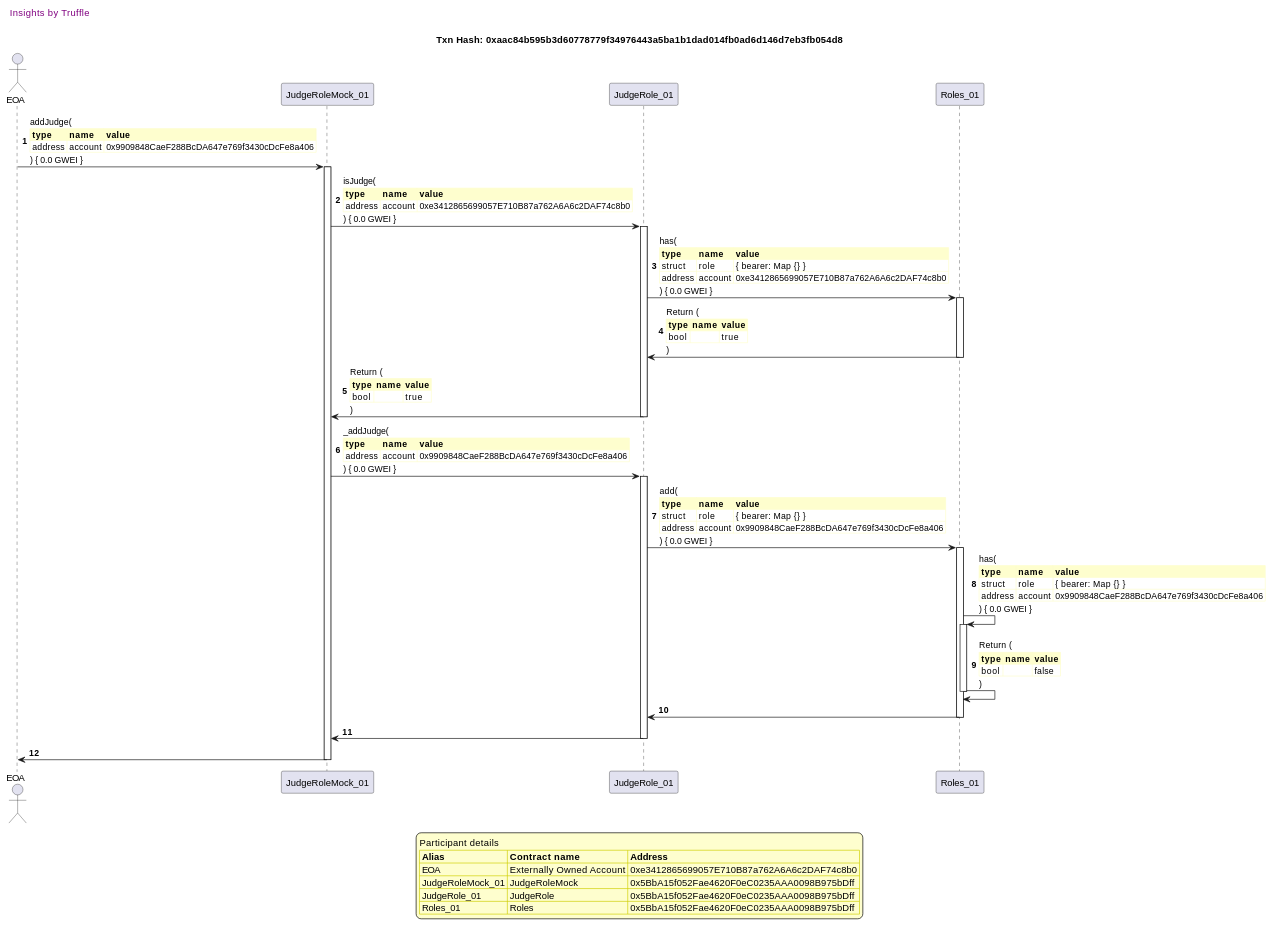
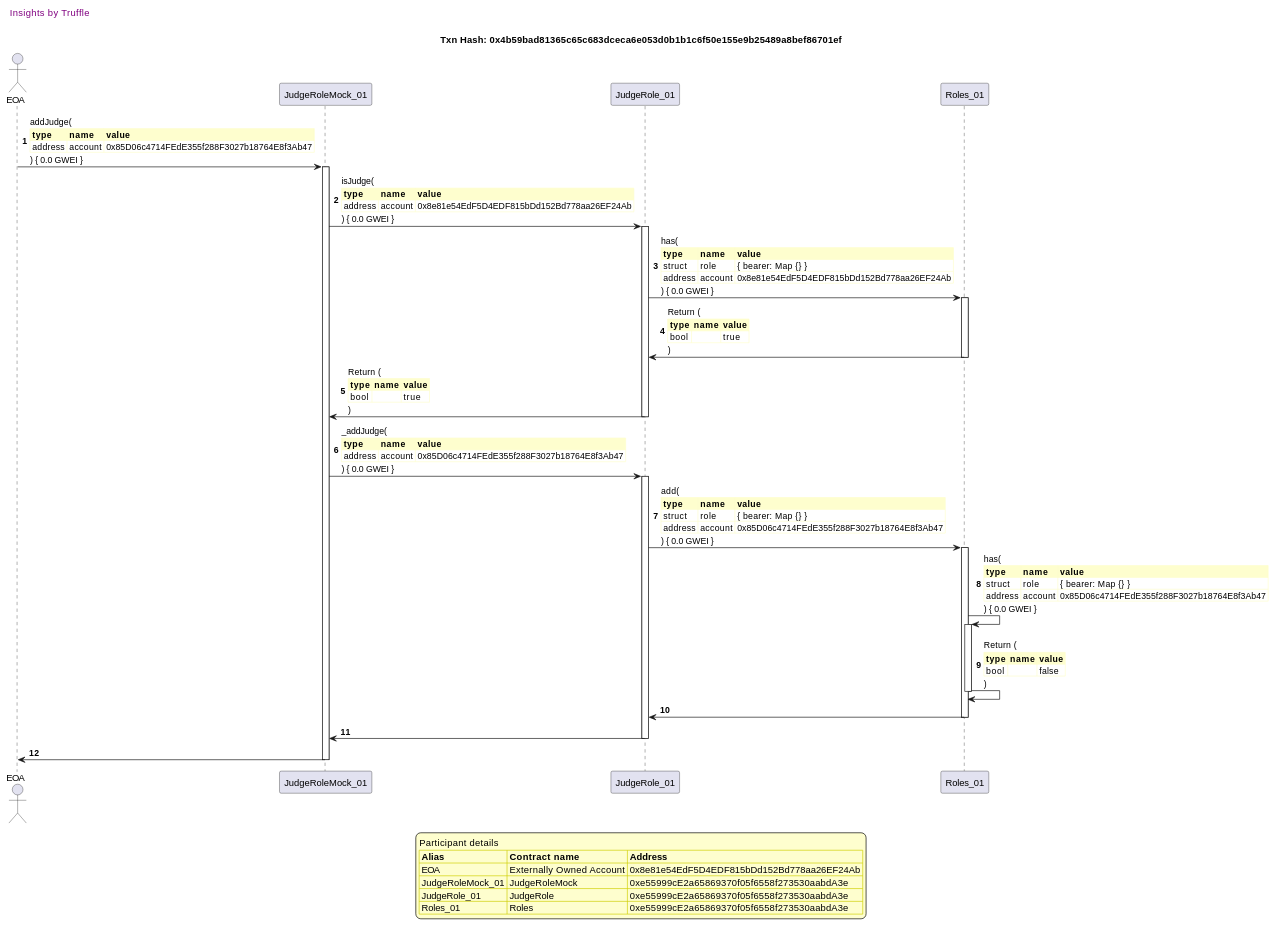
Before and after one commit to fodisi/hackapay: the sixth of 41 diagrams in truffle-seq/roles_judgerole.md, drawn with PlantUML. The commit also changed other lines of this file and 10 other files, not shown here.

````diff
--- a/truffle-seq/roles_judgerole.md
+++ b/truffle-seq/roles_judgerole.md
@@ -398,81 +398,81 @@
 ```plantuml
 
 
 @startuml
 
 autonumber
 skinparam legendBackgroundColor #FEFECE
 
 <style>
       header {
         HorizontalAlignment left
         FontColor purple
         FontSize 14
         Padding 10
       }
     </style>
 
 header Insights by Truffle
 
-title Txn Hash: 0xaac84b595b3d60778779f34976443a5ba1b1dad014fb0ad6d146d7eb3fb054d8
+title Txn Hash: 0x4b59bad81365c65c683dceca6e053d0b1b1c6f50e155e9b25489a8bef86701ef
 
 
 actor EOA as "EOA"
 participant JudgeRoleMock_01 as "JudgeRoleMock_01"
 participant JudgeRole_01 as "JudgeRole_01"
 participant Roles_01 as "Roles_01"
 
 "EOA" -> "JudgeRoleMock_01" ++: addJudge(\n\
 <#FEFECE,#FEFECE>|= type |= name |= value |\n\
-| address | account | 0x9909848CaeF288BcDA647e769f3430cDcFe8a406 |\n\
+| address | account | 0x85D06c4714FEdE355f288F3027b18764E8f3Ab47 |\n\
 ) { 0.0 GWEI }
 "JudgeRoleMock_01" -> "JudgeRole_01" ++: isJudge(\n\
 <#FEFECE,#FEFECE>|= type |= name |= value |\n\
-| address | account | 0xe3412865699057E710B87a762A6A6c2DAF74c8b0 |\n\
+| address | account | 0x8e81e54EdF5D4EDF815bDd152Bd778aa26EF24Ab |\n\
 ) { 0.0 GWEI }
 "JudgeRole_01" -> "Roles_01" ++: has(\n\
 <#FEFECE,#FEFECE>|= type |= name |= value |\n\
 | struct | role | { bearer: Map {} } |\n\
-| address | account | 0xe3412865699057E710B87a762A6A6c2DAF74c8b0 |\n\
+| address | account | 0x8e81e54EdF5D4EDF815bDd152Bd778aa26EF24Ab |\n\
 ) { 0.0 GWEI }
 "Roles_01" -> "JudgeRole_01" --: Return (\n\
 <#FEFECE,#FEFECE>|= type |= name |= value |\n\
 | bool |  | true |\n\
 )
 "JudgeRole_01" -> "JudgeRoleMock_01" --: Return (\n\
 <#FEFECE,#FEFECE>|= type |= name |= value |\n\
 | bool |  | true |\n\
 )
 "JudgeRoleMock_01" -> "JudgeRole_01" ++: _addJudge(\n\
 <#FEFECE,#FEFECE>|= type |= name |= value |\n\
-| address | account | 0x9909848CaeF288BcDA647e769f3430cDcFe8a406 |\n\
+| address | account | 0x85D06c4714FEdE355f288F3027b18764E8f3Ab47 |\n\
 ) { 0.0 GWEI }
 "JudgeRole_01" -> "Roles_01" ++: add(\n\
 <#FEFECE,#FEFECE>|= type |= name |= value |\n\
 | struct | role | { bearer: Map {} } |\n\
-| address | account | 0x9909848CaeF288BcDA647e769f3430cDcFe8a406 |\n\
+| address | account | 0x85D06c4714FEdE355f288F3027b18764E8f3Ab47 |\n\
 ) { 0.0 GWEI }
 "Roles_01" -> "Roles_01" ++: has(\n\
 <#FEFECE,#FEFECE>|= type |= name |= value |\n\
 | struct | role | { bearer: Map {} } |\n\
-| address | account | 0x9909848CaeF288BcDA647e769f3430cDcFe8a406 |\n\
+| address | account | 0x85D06c4714FEdE355f288F3027b18764E8f3Ab47 |\n\
 ) { 0.0 GWEI }
 "Roles_01" -> "Roles_01" --: Return (\n\
 <#FEFECE,#FEFECE>|= type |= name |= value |\n\
 | bool |  | false |\n\
 )
 "Roles_01" -> "JudgeRole_01" --: 
 "JudgeRole_01" -> "JudgeRoleMock_01" --: 
 "JudgeRoleMock_01" -> "EOA" --: 
 
 legend
 Participant details
 <#FEFECE,#D0D000>|= Alias |= Contract name |= Address |
-<#FEFECE>| EOA | Externally Owned Account | 0xe3412865699057E710B87a762A6A6c2DAF74c8b0 |
-<#FEFECE>| JudgeRoleMock_01 | JudgeRoleMock | 0x5BbA15f052Fae4620F0eC0235AAA0098B975bDff |
-<#FEFECE>| JudgeRole_01 | JudgeRole | 0x5BbA15f052Fae4620F0eC0235AAA0098B975bDff |
-<#FEFECE>| Roles_01 | Roles | 0x5BbA15f052Fae4620F0eC0235AAA0098B975bDff |
+<#FEFECE>| EOA | Externally Owned Account | 0x8e81e54EdF5D4EDF815bDd152Bd778aa26EF24Ab |
+<#FEFECE>| JudgeRoleMock_01 | JudgeRoleMock | 0xe55999cE2a65869370f05f6558f273530aabdA3e |
+<#FEFECE>| JudgeRole_01 | JudgeRole | 0xe55999cE2a65869370f05f6558f273530aabdA3e |
+<#FEFECE>| Roles_01 | Roles | 0xe55999cE2a65869370f05f6558f273530aabdA3e |
 endlegend
 
 @enduml
 ```
````
